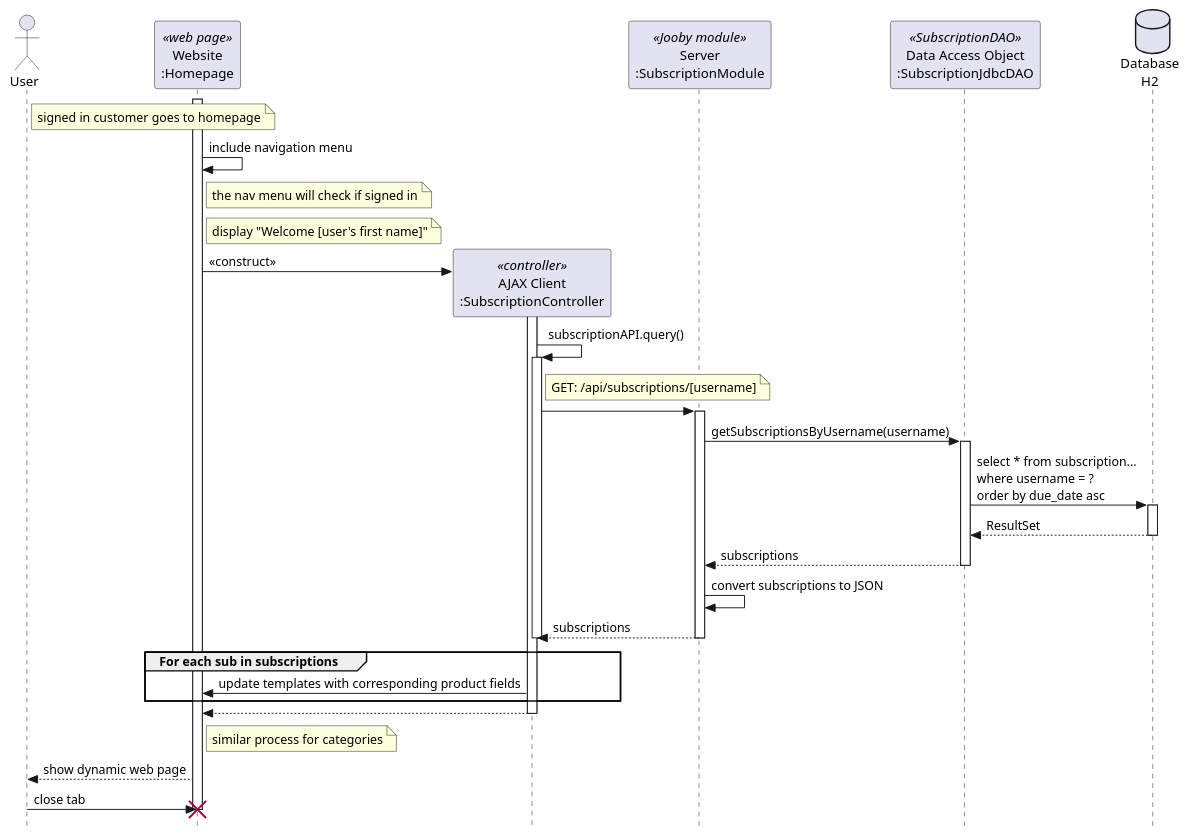
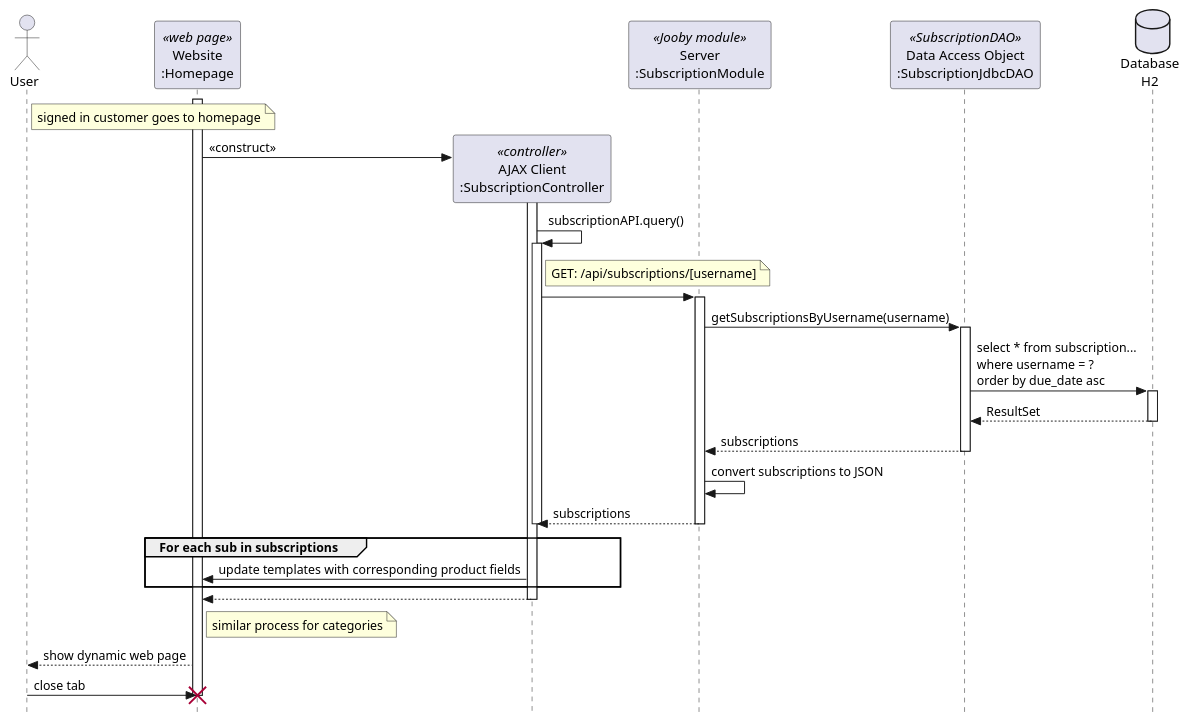
The diagram in diagrams/UserViewSubscriptionsSequence.puml (62firelight/SubTrack), drawn with PlantUML before and after one commit.

Commit message:
Shortened diagram

```diff
--- a/diagrams/UserViewSubscriptionsSequence.puml
+++ b/diagrams/UserViewSubscriptionsSequence.puml
@@ -1,57 +1,57 @@
 @startuml
 skinparam style strictuml
 
 actor "User" as customer
 participant "Website\n:Homepage" as products <<web page>>
 participant "AJAX Client\n:SubscriptionController" as controller <<controller>>
 participant "Server\n:SubscriptionModule" as module <<Jooby module>>
 participant "Data Access Object\n:SubscriptionJdbcDAO" as dao <<SubscriptionDAO>>
 database "Database\nH2" as db
 
 note right of customer : signed in customer goes to homepage
 products++
 
-products -> products : include navigation menu
-note right of products : the nav menu will check if signed in
-note right of products : display "Welcome [user's first name]"
+'products -> products : include navigation menu
+'note right of products : the nav menu will check if signed in
+'note right of products : display "Welcome [user's first name]"
 
 create controller
 products -> controller++ : <<construct>>
 
 controller -> controller++ : subscriptionAPI.query()
 note right of controller: GET: /api/subscriptions/[username]
 controller -> module++ 
 module -> dao++ : getSubscriptionsByUsername(username)
 dao -> db++ : select * from subscription...\nwhere username = ?\norder by due_date asc
 return ResultSet
 return subscriptions
 module -> module : convert subscriptions to JSON
 return subscriptions
 controller--
 
 'controller -> controller++ : categoryAPI.query()
 'note right of controller: GET: /api/categories
 'controller -> module++ 
 'module -> dao++ : getCategories()
 'dao -> db++ : select distinct category from product
 'return ResultSet
 'return categories
 'module -> module : convert categories to JSON
 'return categories
 'controller--
 
 group For each sub in subscriptions
     controller -> products : update templates with corresponding product fields
 end
 
 controller --> products
 controller--
 
 note right of products :similar process for categories
 
 products --> customer : show dynamic web page
 
 customer -> products : close tab
 destroy products
 
 @enduml
```
